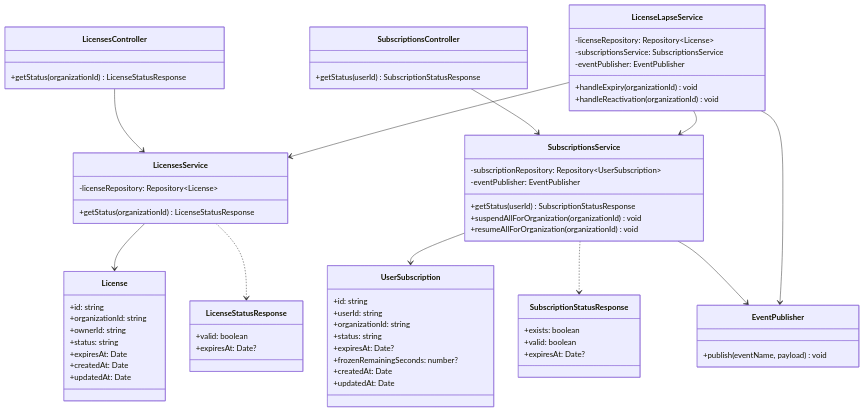
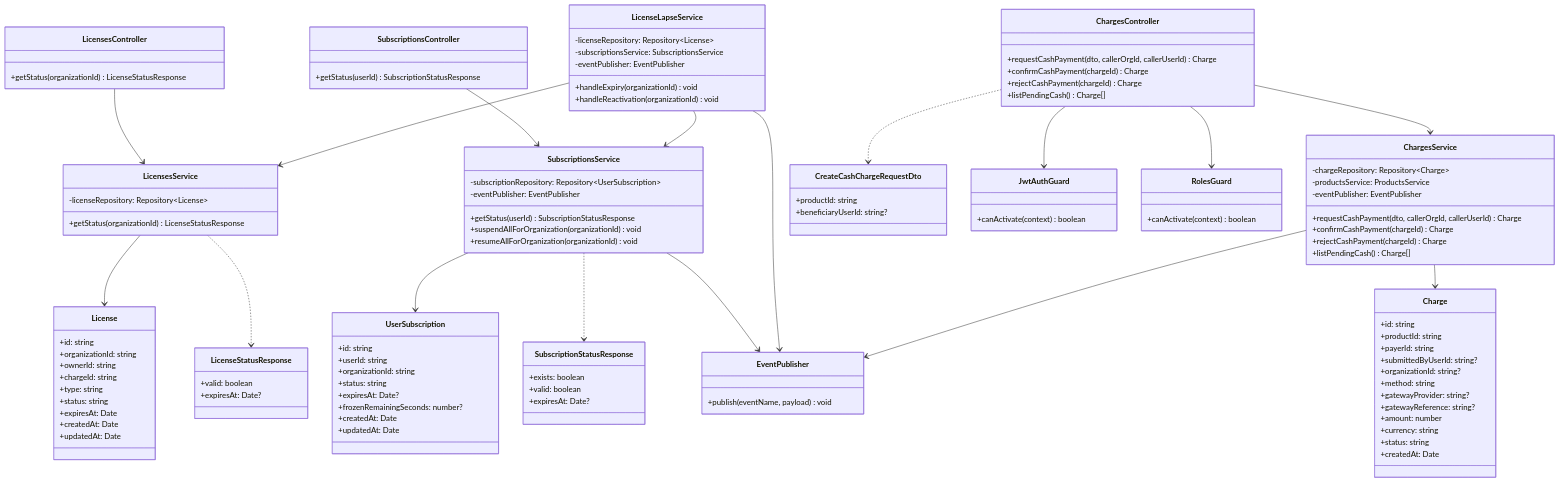
Before and after one commit to nawara-solutions/nawara-core: the second of 8 diagrams in docs/sdd/payment-service.md, drawn with Mermaid. The commit also changed other lines of this file and 13 other files, not shown here.

First line of the commit message:
docs(auth-service,payment-service): design cash payments and platform admin auth

````diff
--- a/docs/sdd/payment-service.md
+++ b/docs/sdd/payment-service.md
@@ -136,6 +163,31 @@
       +handleExpiry(organizationId) void
       +handleReactivation(organizationId) void
     }
+    class ChargesController {
+      +requestCashPayment(dto, callerOrgId, callerUserId) Charge
+      +confirmCashPayment(chargeId) Charge
+      +rejectCashPayment(chargeId) Charge
+      +listPendingCash() Charge[]
+    }
+    class ChargesService {
+      -chargeRepository: Repository~Charge~
+      -productsService: ProductsService
+      -eventPublisher: EventPublisher
+      +requestCashPayment(dto, callerOrgId, callerUserId) Charge
+      +confirmCashPayment(chargeId) Charge
+      +rejectCashPayment(chargeId) Charge
+      +listPendingCash() Charge[]
+    }
+    class CreateCashChargeRequestDto {
+      +productId: string
+      +beneficiaryUserId: string?
+    }
+    class JwtAuthGuard {
+      +canActivate(context) boolean
+    }
+    class RolesGuard {
+      +canActivate(context) boolean
+    }
     class EventPublisher {
       +publish(eventName, payload) void
     }
@@ -152,6 +204,8 @@
       +id: string
       +organizationId: string
       +ownerId: string
+      +chargeId: string
+      +type: string
       +status: string
       +expiresAt: Date
       +createdAt: Date
@@ -167,6 +221,20 @@
       +createdAt: Date
       +updatedAt: Date
     }
+    class Charge {
+      +id: string
+      +productId: string
+      +payerId: string
+      +submittedByUserId: string?
+      +organizationId: string?
+      +method: string
+      +gatewayProvider: string?
+      +gatewayReference: string?
+      +amount: number
+      +currency: string
+      +status: string
+      +createdAt: Date
+    }
     LicensesController --> LicensesService
     LicensesService --> License
     LicensesService ..> LicenseStatusResponse
@@ -177,4 +245,10 @@
     LicenseLapseService --> LicensesService
     LicenseLapseService --> SubscriptionsService
     LicenseLapseService --> EventPublisher
+    ChargesController --> JwtAuthGuard
+    ChargesController --> RolesGuard
+    ChargesController --> ChargesService
+    ChargesController ..> CreateCashChargeRequestDto
+    ChargesService --> Charge
+    ChargesService --> EventPublisher
 ```
````
